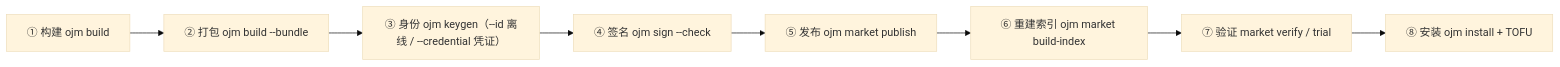
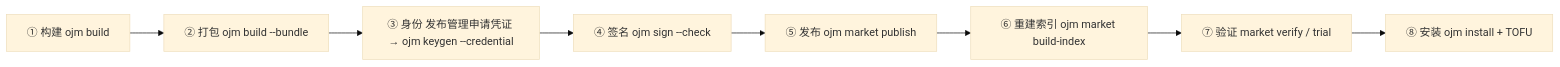
The diagram in docs/devkit/publish-walkthrough.md (everpan/oj-module), drawn with Mermaid (base theme) before and after one commit. The commit also changed other lines of this file and 5 other files, not shown here.

````diff
--- a/docs/devkit/publish-walkthrough.md
+++ b/docs/devkit/publish-walkthrough.md
@@ -10,10 +10,10 @@
 ```mermaid
 flowchart LR
   A["① 构建 ojm build"] --> B["② 打包 ojm build --bundle"]
-  B --> C["③ 身份 ojm keygen（--id 离线 / --credential 凭证）"]
+  B --> C["③ 身份 发布管理申请凭证 → ojm keygen --credential"]
   C --> D["④ 签名 ojm sign --check"]
   D --> E["⑤ 发布 ojm market publish"]
   E --> F["⑥ 重建索引 ojm market build-index"]
   F --> G["⑦ 验证 market verify / trial"]
   G --> H["⑧ 安装 ojm install + TOFU"]
 ```
````
